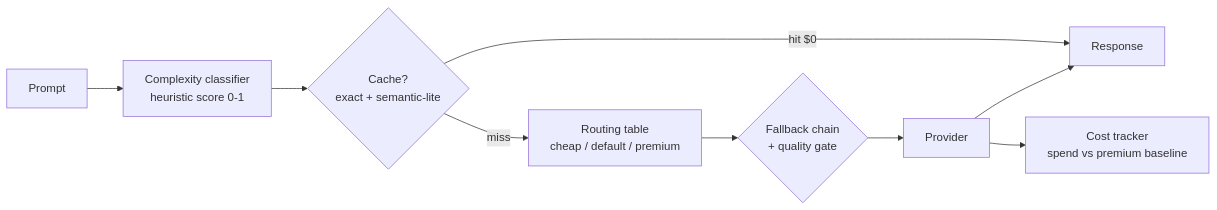
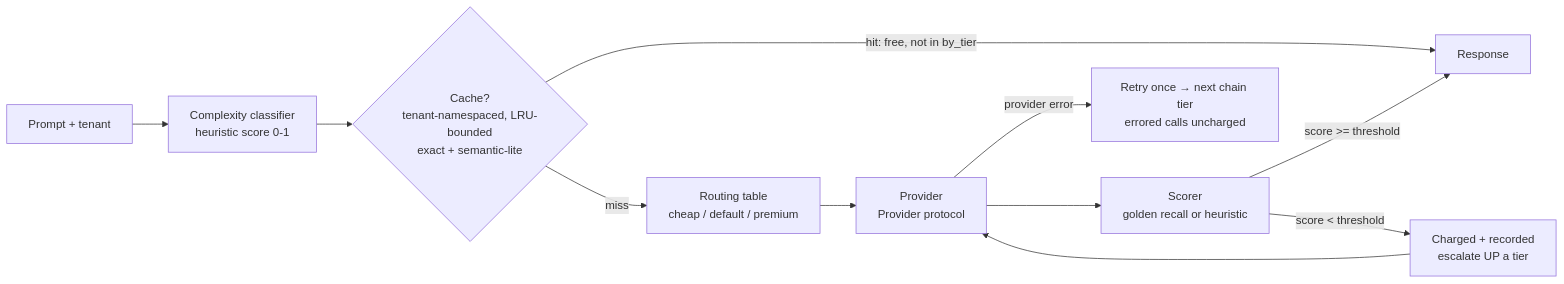
Before and after one commit to lionelsimai/cost-aware-model-router: the diagram in docs/ARCHITECTURE.md, drawn with Mermaid. The commit also changed other lines of this file and 16 other files, not shown here.

Commit message:
v0.1.1 — world-class remediation: circular 94.2% headline removed, measured benchmark (71.7% saving, 1.8% drop), real quality gate

````diff
--- a/docs/ARCHITECTURE.md
+++ b/docs/ARCHITECTURE.md
@@ -3,11 +3,13 @@
 ```mermaid
 flowchart LR
-  P[Prompt] --> C[Complexity classifier<br/>heuristic score 0-1]
-  C --> K{Cache?<br/>exact + semantic-lite}
-  K -->|hit $0| R[Response]
+  P[Prompt + tenant] --> C[Complexity classifier<br/>heuristic score 0-1]
+  C --> K{Cache?<br/>tenant-namespaced, LRU-bounded<br/>exact + semantic-lite}
+  K -->|hit: free, not in by_tier| R[Response]
   K -->|miss| T[Routing table<br/>cheap / default / premium]
-  T --> F{Fallback chain<br/>+ quality gate}
-  F --> M[Provider]
-  M --> R
-  M --> TR[Cost tracker<br/>spend vs premium baseline]
+  T --> M[Provider<br/>Provider protocol]
+  M -->|provider error| F[Retry once → next chain tier<br/>errored calls uncharged]
+  M --> S[Scorer<br/>golden recall or heuristic]
+  S -->|score >= threshold| R
+  S -->|score < threshold| E[Charged + recorded<br/>escalate UP a tier]
+  E --> M
 ```
````
